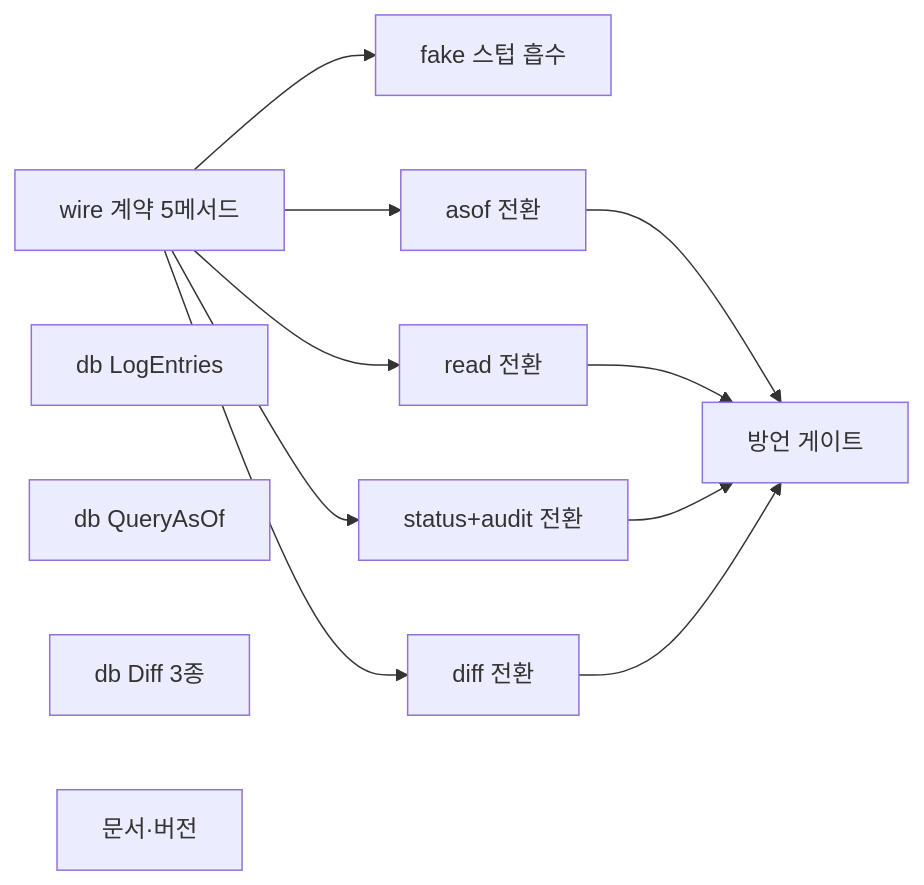
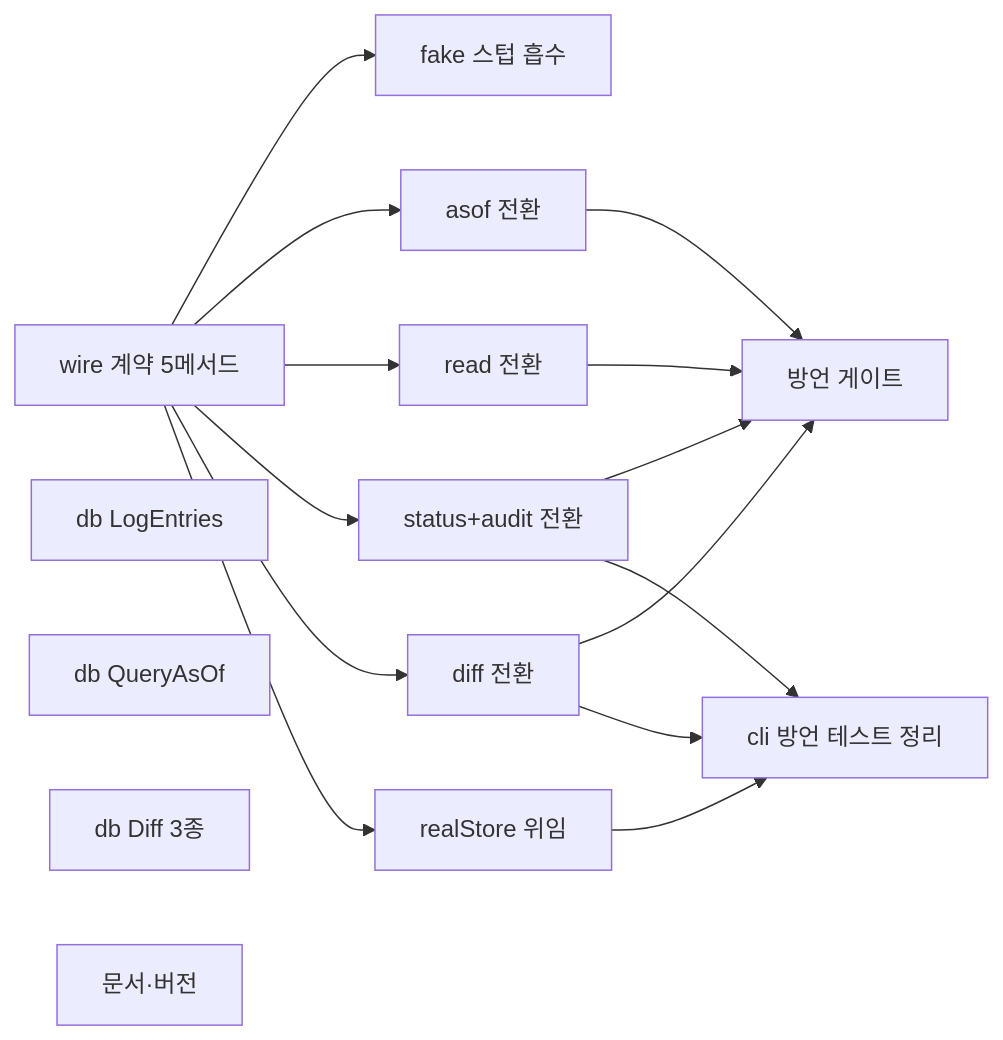
Before and after one commit to synuns/flint: the first of 2 diagrams in docs/plans/2026-11-18-flint-v1800.md, drawn with Mermaid. The commit also changed other lines of this file, not shown here.

````diff
--- a/docs/plans/2026-11-18-flint-v1800.md
+++ b/docs/plans/2026-11-18-flint-v1800.md
@@ -7,24 +7,30 @@
 ```mermaid
 flowchart LR
   T1[wire 계약 5메서드]
   T2[fake 스텁 흡수]
   T3[db LogEntries]
   T4[db QueryAsOf]
   T5[db Diff 3종]
   T6[asof 전환]
   T7[read 전환]
   T8[status+audit 전환]
   T9[diff 전환]
   T10[방언 게이트]
   T11[문서·버전]
+  T12[realStore 위임]
+  T13[cli 방언 테스트 정리]
   %% taskgraph
   T1 --> T2
   T1 --> T6
   T1 --> T7
   T1 --> T8
   T1 --> T9
   T6 --> T10
   T7 --> T10
   T8 --> T10
   T9 --> T10
+  T1 --> T12
+  T12 --> T13
+  T8 --> T13
+  T9 --> T13
 ```
````
